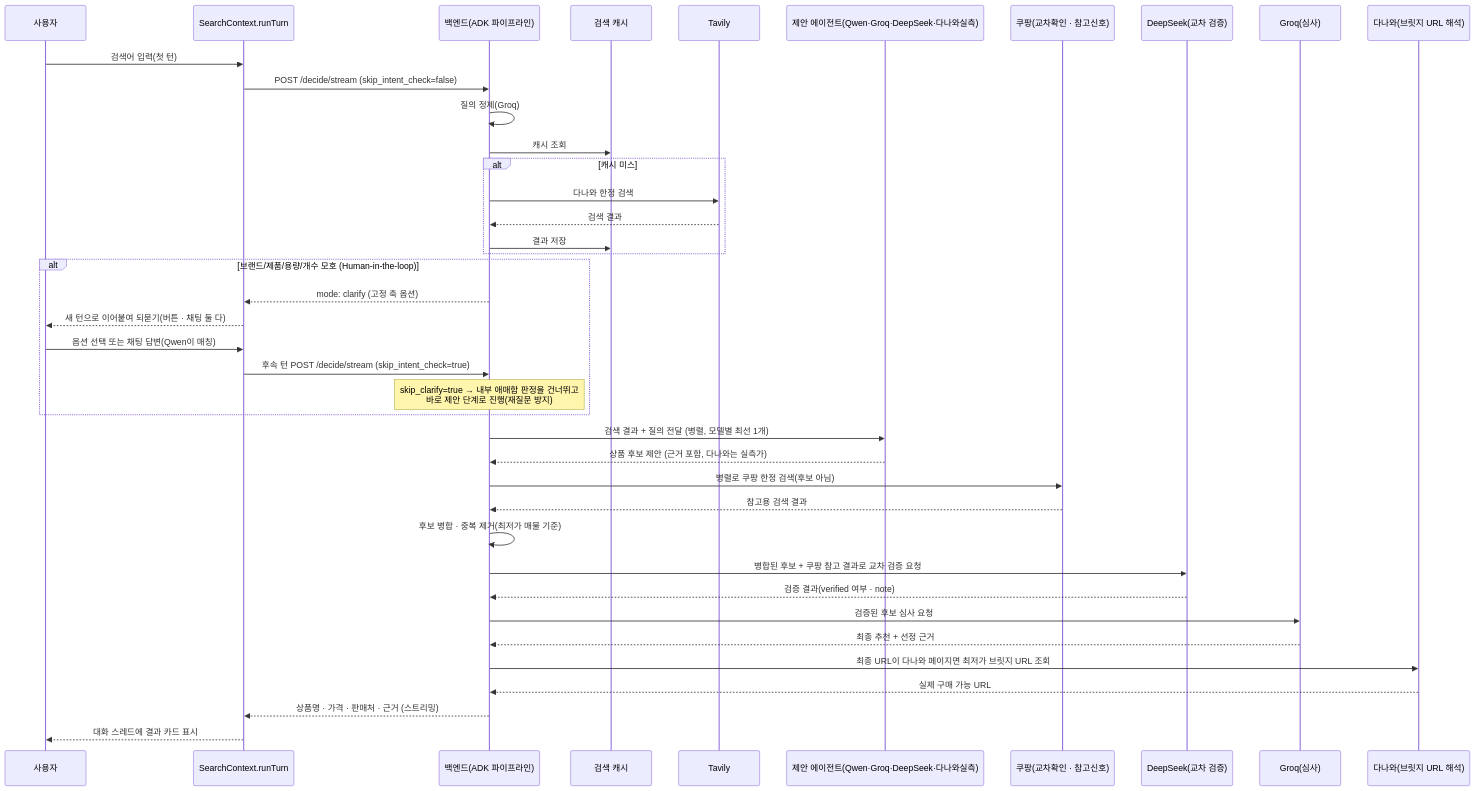
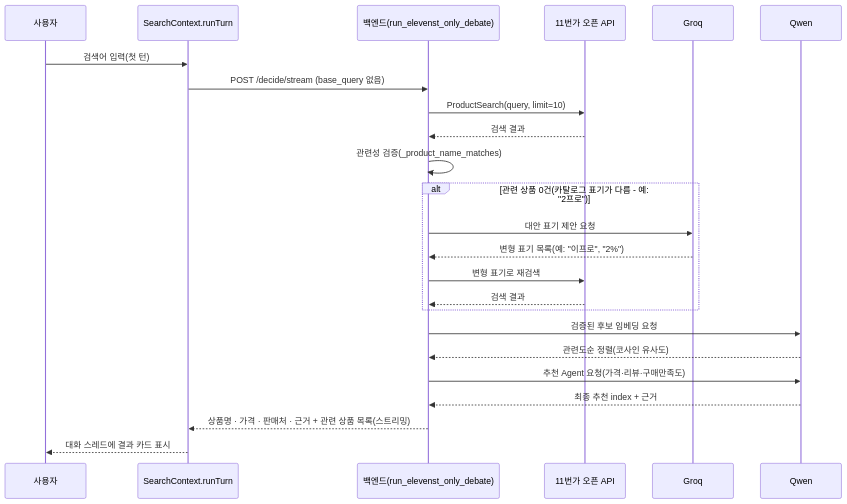
One commit to Alpha-pick00/Prototype-1- changed the second of 3 diagrams in README.md. Above: the diagram before and after it, drawn with Mermaid. The commit also changed other lines of this file, not shown here.

First line of the commit message:
README 아키텍처를 11번가 오픈 API 기반 현재 구조로 갱신

````diff
--- a/README.md
+++ b/README.md
@@ -243,43 +251,27 @@
 ```mermaid
 sequenceDiagram
     participant U as 사용자
     participant CTX as SearchContext.runTurn
-    participant B as 백엔드(ADK 파이프라인)
-    participant Cache as 검색 캐시
-    participant T as Tavily
-    participant P as 제안 에이전트(Qwen·Groq·DeepSeek·다나와실측)
-    participant CP as 쿠팡(교차확인 · 참고신호)
-    participant D as DeepSeek(교차 검증)
-    participant J as Groq(심사)
-    participant DW as 다나와(브릿지 URL 해석)
+    participant B as 백엔드(run_elevenst_only_debate)
+    participant E as 11번가 오픈 API
+    participant G as Groq
+    participant Q as Qwen
 
     U->>CTX: 검색어 입력(첫 턴)
-    CTX->>B: POST /decide/stream (skip_intent_check=false)
-    B->>B: 질의 정제(Groq)
-    B->>Cache: 캐시 조회
-    alt 캐시 미스
-        B->>T: 다나와 한정 검색
-        T-->>B: 검색 결과
-        B->>Cache: 결과 저장
+    CTX->>B: POST /decide/stream (base_query 없음)
+    B->>E: ProductSearch(query, limit=10)
+    E-->>B: 검색 결과
+    B->>B: 관련성 검증(_product_name_matches)
+    alt 관련 상품 0건(카탈로그 표기가 다름 - 예: "2프로")
+        B->>G: 대안 표기 제안 요청
+        G-->>B: 변형 표기 목록(예: "이프로", "2%")
+        B->>E: 변형 표기로 재검색
+        E-->>B: 검색 결과
     end
-    alt 브랜드/제품/용량/개수 모호 (Human-in-the-loop)
-        B-->>CTX: mode: clarify (고정 축 옵션)
-        CTX-->>U: 새 턴으로 이어붙여 되묻기(버튼 · 채팅 둘 다)
-        U->>CTX: 옵션 선택 또는 채팅 답변(Qwen이 매칭)
-        CTX->>B: 후속 턴 POST /decide/stream (skip_intent_check=true)
-        Note over B: skip_clarify=true → 내부 애매함 판정을 건너뛰고<br/>바로 제안 단계로 진행(재질문 방지)
-    end
-    B->>P: 검색 결과 + 질의 전달 (병렬, 모델별 최선 1개)
-    P-->>B: 상품 후보 제안 (근거 포함, 다나와는 실측가)
-    B->>CP: 병렬로 쿠팡 한정 검색(후보 아님)
-    CP-->>B: 참고용 검색 결과
-    B->>B: 후보 병합 · 중복 제거(최저가 매물 기준)
-    B->>D: 병합된 후보 + 쿠팡 참고 결과로 교차 검증 요청
-    D-->>B: 검증 결과(verified 여부 · note)
-    B->>J: 검증된 후보 심사 요청
-    J-->>B: 최종 추천 + 선정 근거
-    B->>DW: 최종 URL이 다나와 페이지면 최저가 브릿지 URL 조회
-    DW-->>B: 실제 구매 가능 URL
-    B-->>CTX: 상품명 · 가격 · 판매처 · 근거 (스트리밍)
+    B->>Q: 검증된 후보 임베딩 요청
+    Q-->>B: 관련도순 정렬(코사인 유사도)
+    B->>Q: 추천 Agent 요청(가격·리뷰·구매만족도)
+    Q-->>B: 최종 추천 index + 근거
+    B-->>CTX: 상품명 · 가격 · 판매처 · 근거 + 관련 상품 목록(스트리밍)
     CTX-->>U: 대화 스레드에 결과 카드 표시
 ```
````
